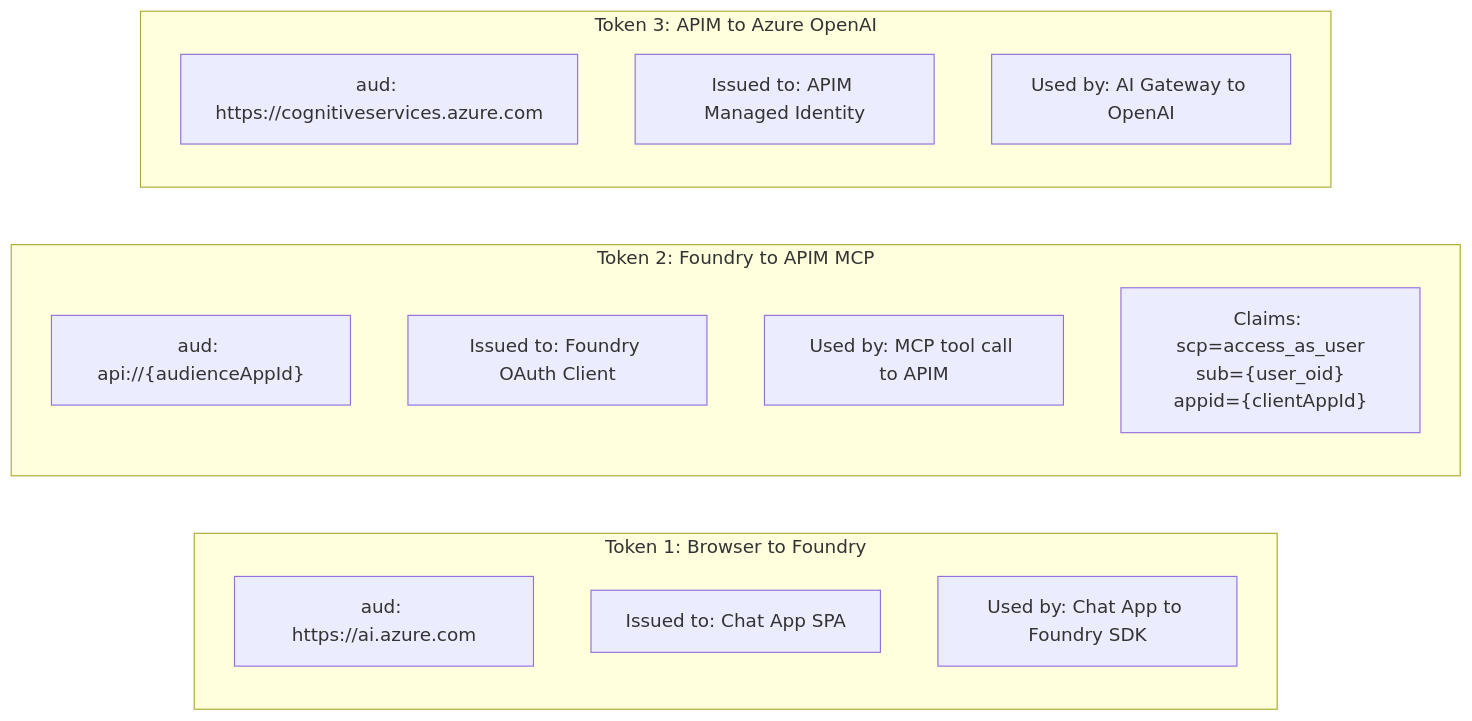
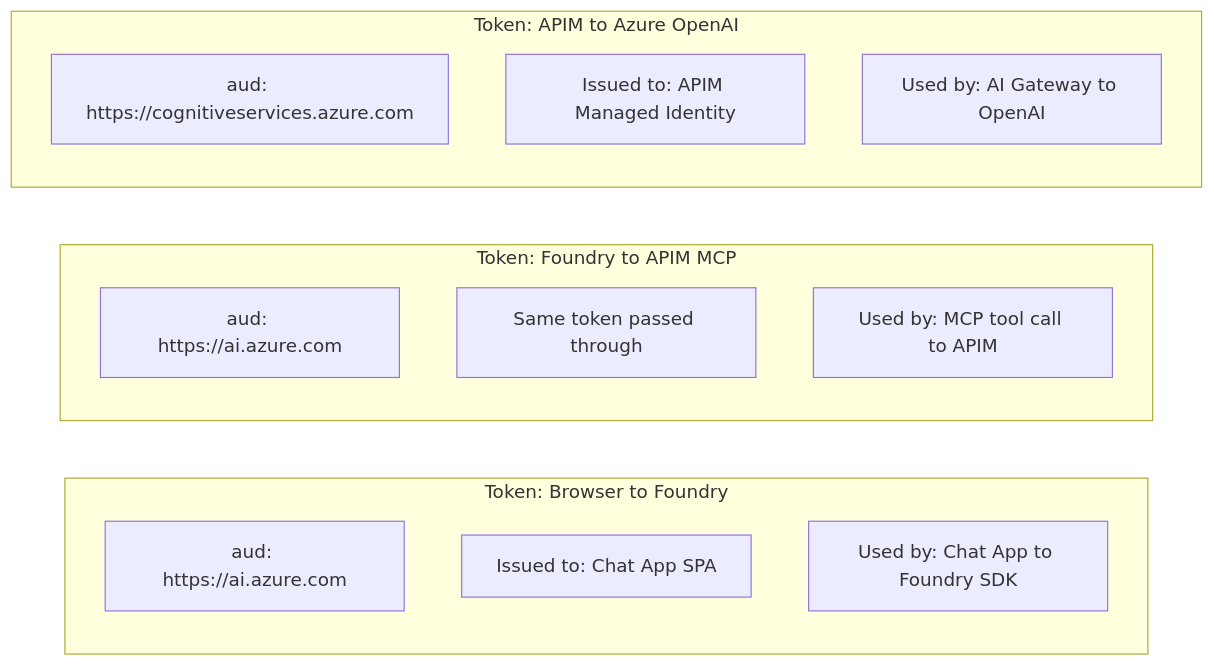
Before and after one commit to ozgurkarahan/propagate-id-entra: the seventh of 7 diagrams in docs/identity-security.md, drawn with Mermaid. The commit also changed other lines of this file and 21 other files, not shown here.

First line of the commit message:
Replace ApiHub OAuth2 with UserEntraToken connection

````diff
--- a/docs/identity-security.md
+++ b/docs/identity-security.md
@@ -395,22 +339,21 @@
 ```mermaid
 graph LR
-    subgraph "Token 1: Browser to Foundry"
+    subgraph "Token: Browser to Foundry"
         T1["aud: https://ai.azure.com"]
         T1S["Issued to: Chat App SPA"]
         T1U["Used by: Chat App to Foundry SDK"]
     end
 
-    subgraph "Token 2: Foundry to APIM MCP"
-        T2["aud: api://{audienceAppId}"]
-        T2S["Issued to: Foundry OAuth Client"]
+    subgraph "Token: Foundry to APIM MCP"
+        T2["aud: https://ai.azure.com"]
+        T2S["Same token passed through"]
         T2U["Used by: MCP tool call to APIM"]
-        T2C["Claims: scp=access_as_user<br/>sub={user_oid}<br/>appid={clientAppId}"]
     end
 
-    subgraph "Token 3: APIM to Azure OpenAI"
+    subgraph "Token: APIM to Azure OpenAI"
         T3["aud: https://cognitiveservices.azure.com"]
         T3S["Issued to: APIM Managed Identity"]
         T3U["Used by: AI Gateway to OpenAI"]
     end
 
 ```
````
